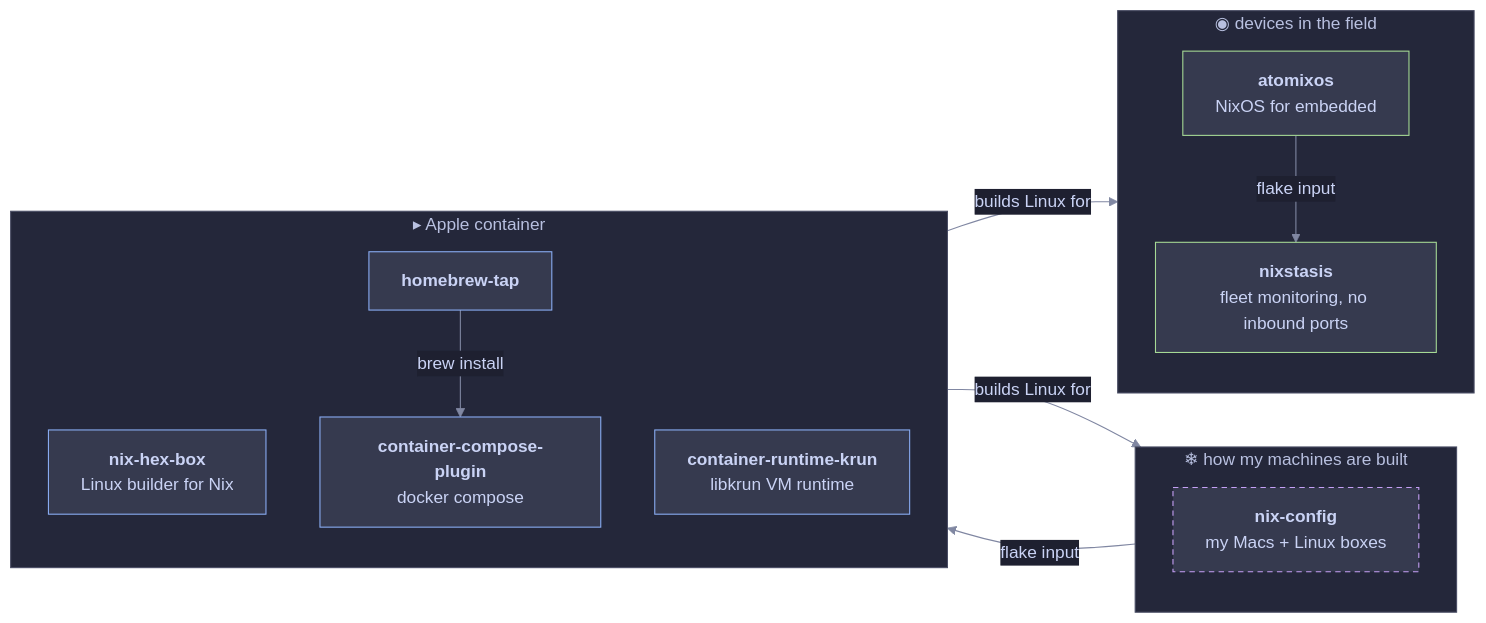
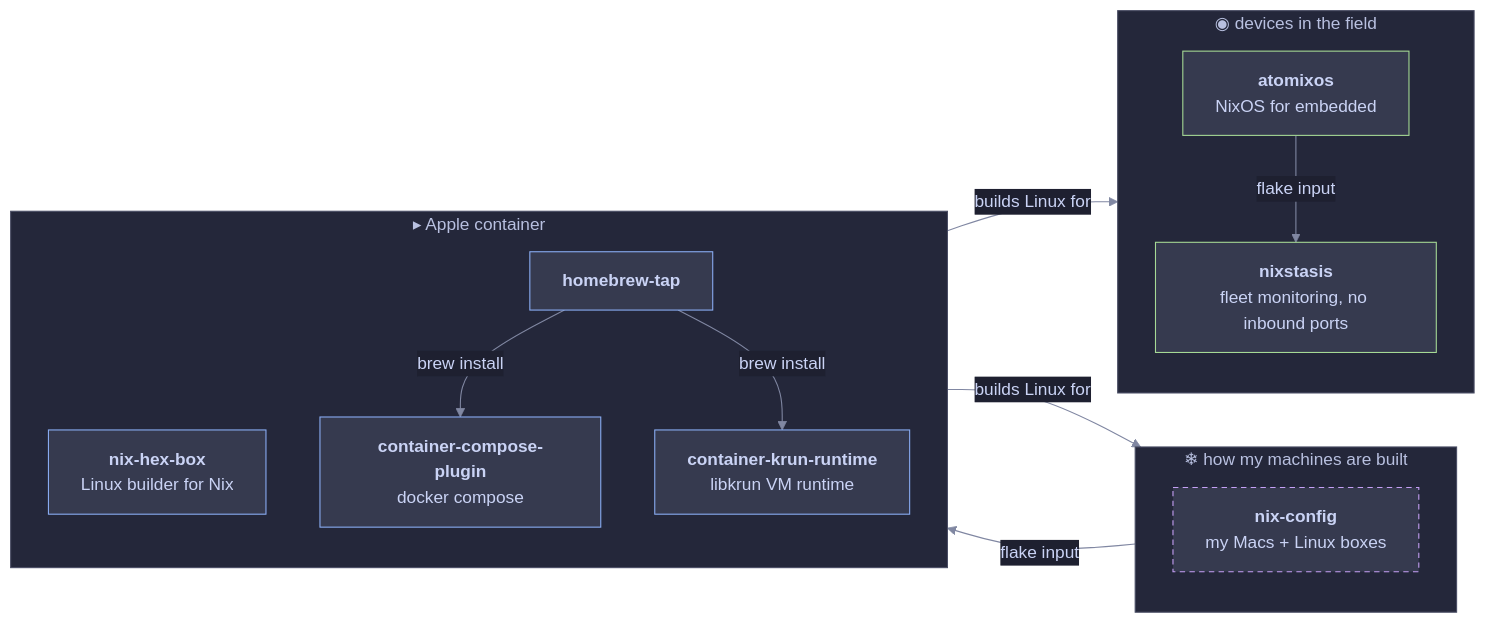
The diagram in README.md (RobertDeRose/RobertDeRose), drawn with Mermaid before and after one commit. The commit also changed other lines of this file and 8 other files, not shown here.

Commit message:
fix: follow container-krun-runtime rename and show its homebrew install

````diff
--- a/README.md
+++ b/README.md
@@ -6,34 +6,35 @@
 ```mermaid
 %%{init: {'theme':'base','themeVariables':{'primaryColor':'#363a4f','primaryTextColor':'#cad3f5','primaryBorderColor':'#8aadf4','lineColor':'#8087a2','clusterBkg':'#24273a','clusterBorder':'#494d64','titleColor':'#b8c0e0','edgeLabelBackground':'#1e2030','fontFamily':'ui-monospace, SFMono-Regular, Menlo, monospace'}}}%%
 flowchart LR
   subgraph cfg["❄ how my machines are built"]
     direction TB
     nixcfg["<b>nix-config</b><br/>my Macs + Linux boxes"]
   end
   subgraph mac["▸ Apple container"]
     direction TB
     hex["<b>nix-hex-box</b><br/>Linux builder for Nix"]
     compose["<b>container-compose-plugin</b><br/>docker compose"]
-    krun["<b>container-runtime-krun</b><br/>libkrun VM runtime"]
+    krun["<b>container-krun-runtime</b><br/>libkrun VM runtime"]
     tap["<b>homebrew-tap</b>"]
   end
   subgraph fleet["◉ devices in the field"]
     direction TB
     atomix["<b>atomixos</b><br/>NixOS for embedded"]
     stasis["<b>nixstasis</b><br/>fleet monitoring, no inbound ports"]
   end
   nixcfg -- flake input --> hex
   tap -- brew install --> compose
+  tap -- brew install --> krun
   atomix -- flake input --> stasis
   hex -- builds Linux for --> atomix
   hex -- builds Linux for --> nixcfg
 
   classDef c fill:#363a4f,stroke:#c6a0f6,color:#cad3f5
   classDef m fill:#363a4f,stroke:#8aadf4,color:#cad3f5
   classDef f fill:#363a4f,stroke:#a6da95,color:#cad3f5
   classDef priv stroke-dasharray:5 4
   class nixcfg c
   class hex,compose,krun,tap m
   class atomix,stasis f
   class nixcfg priv
 ```
````
